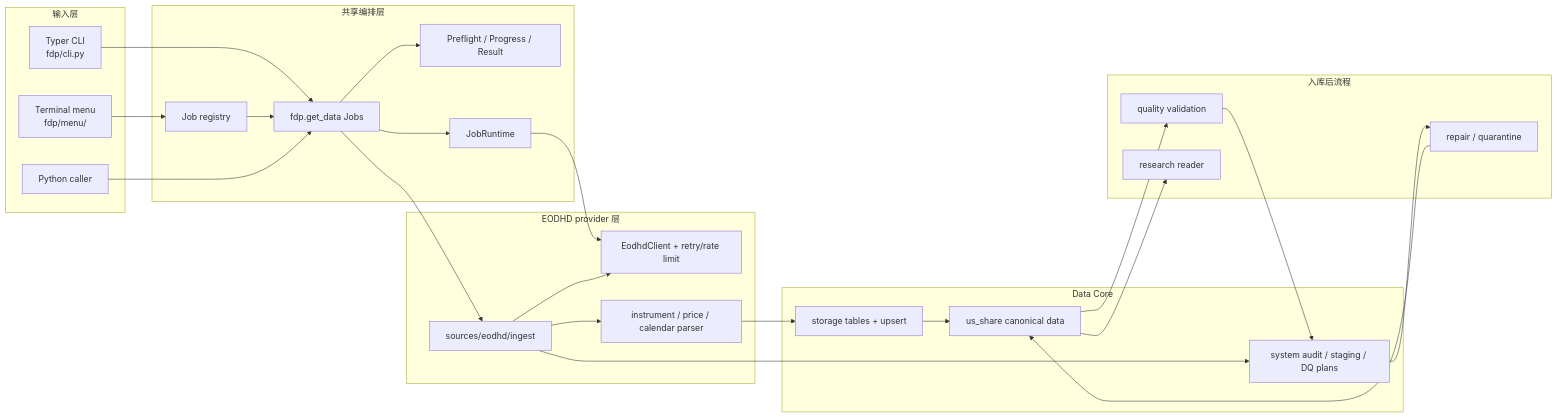
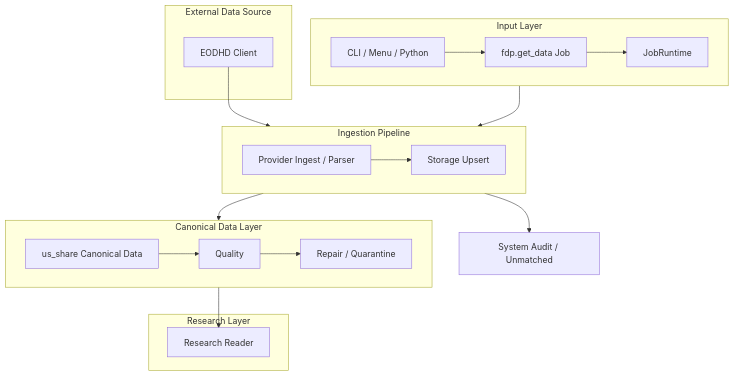
The first of 5 diagrams in database_system_cli/docs/architecture.md (jay-den-21/Meridian-J21-quant-terminal), drawn with Mermaid before and after one commit. The commit also changed 6 other files, not shown here.

Commit message:
Render architecture tables as HTML

````diff
--- a/database_system_cli/docs/architecture.md
+++ b/database_system_cli/docs/architecture.md
@@ -49,47 +49,33 @@
 ```mermaid
-flowchart LR
-    subgraph Entry["输入层"]
-        CLI["Typer CLI<br/>fdp/cli.py"]
-        Menu["Terminal menu<br/>fdp/menu/"]
-        Py["Python caller"]
+flowchart TB
+    subgraph Input["Input Layer"]
+        direction LR
+        A["CLI / Menu / Python"] --> B["fdp.get_data Job"]
+        B --> C["JobRuntime"]
     end
 
-    subgraph Control["共享编排层"]
-        Registry["Job registry"]
-        Jobs["fdp.get_data Jobs"]
-        Contract["Preflight / Progress / Result"]
-        Runtime["JobRuntime"]
+    subgraph Source["External Data Source"]
+        D["EODHD Client"]
     end
 
-    subgraph Provider["EODHD provider 层"]
-        Client["EodhdClient + retry/rate limit"]
-        Ingest["sources/eodhd/ingest"]
-        Parser["instrument / price / calendar parser"]
+    subgraph Pipeline["Ingestion Pipeline"]
+        direction LR
+        C --> E["Provider Ingest / Parser"]
+        D --> E
+        E --> F["Storage Upsert"]
     end
 
-    subgraph Data["Data Core"]
-        Store["storage tables + upsert"]
-        Canonical["us_share canonical data"]
-        System["system audit / staging / DQ plans"]
+    subgraph Core["Canonical Data Layer"]
+        direction LR
+        F --> G["us_share Canonical Data"]
+        G --> I["Quality"]
+        I --> J["Repair / Quarantine"]
     end
 
-    subgraph After["入库后流程"]
-        Quality["quality validation"]
-        Repair["repair / quarantine"]
-        Research["research reader"]
+    subgraph Research["Research Layer"]
+        K["Research Reader"]
     end
 
-    CLI --> Jobs
-    Menu --> Registry --> Jobs
-    Py --> Jobs
-    Jobs --> Contract
-    Jobs --> Runtime --> Client
-    Jobs --> Ingest
-    Ingest --> Client
-    Ingest --> Parser --> Store
-    Store --> Canonical
-    Ingest --> System
-    Canonical --> Quality --> System
-    System --> Repair --> Canonical
-    Canonical --> Research
+    E --> H["System Audit / Unmatched"]
+    G --> K
 ```
````
